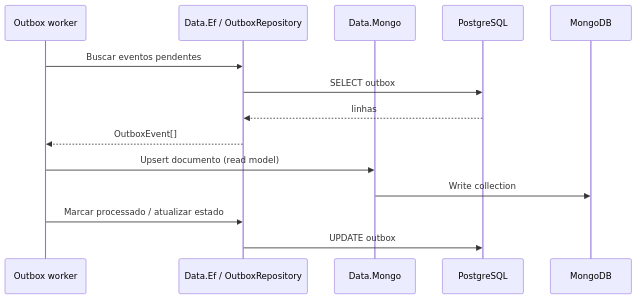
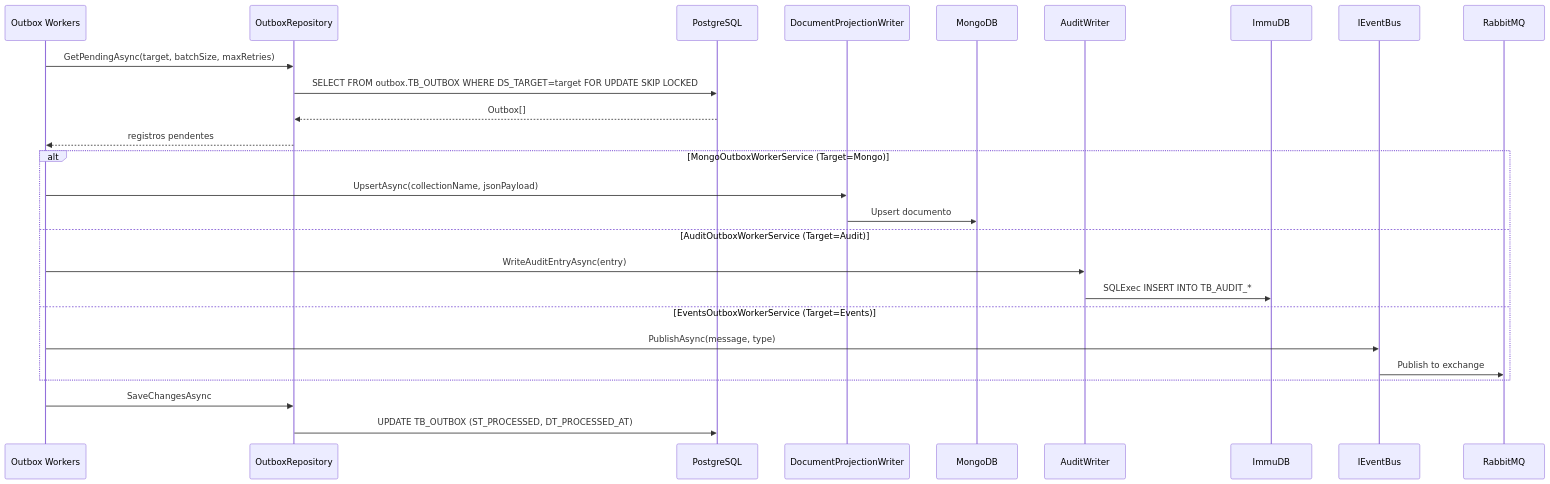
The second of 2 diagrams in docs/data/data-layer-split.md (filipececcon/arch-challenge), drawn with Mermaid before and after one commit. The commit also changed other lines of this file and 1 other file, not shown here.

First line of the commit message:
Refactor data layer split and outbox documentation

````diff
--- a/docs/data/data-layer-split.md
+++ b/docs/data/data-layer-split.md
@@ -67,17 +63,31 @@
 ```mermaid
 sequenceDiagram
-    participant W as Outbox worker
-    participant EF as Data.Ef / OutboxRepository
-    participant M as Data.Mongo
+    participant W as Outbox Workers
+    participant R as OutboxRepository
     participant PG as PostgreSQL
+    participant M as DocumentProjectionWriter
     participant MG as MongoDB
+    participant IW as AuditWriter
+    participant IM as ImmuDB
+    participant EB as IEventBus
+    participant RQ as RabbitMQ
 
-    W->>EF: Buscar eventos pendentes
-    EF->>PG: SELECT outbox
-    PG-->>EF: linhas
-    EF-->>W: OutboxEvent[]
-    W->>M: Upsert documento (read model)
-    M->>MG: Write collection
-    W->>EF: Marcar processado / atualizar estado
-    EF->>PG: UPDATE outbox
+    W->>R: GetPendingAsync(target, batchSize, maxRetries)
+    R->>PG: SELECT FROM outbox.TB_OUTBOX WHERE DS_TARGET=target FOR UPDATE SKIP LOCKED
+    PG-->>R: Outbox[]
+    R-->>W: registros pendentes
+
+    alt MongoOutboxWorkerService (Target=Mongo)
+        W->>M: UpsertAsync(collectionName, jsonPayload)
+        M->>MG: Upsert documento
+    else AuditOutboxWorkerService (Target=Audit)
+        W->>IW: WriteAuditEntryAsync(entry)
+        IW->>IM: SQLExec INSERT INTO TB_AUDIT_*
+    else EventsOutboxWorkerService (Target=Events)
+        W->>EB: PublishAsync(message, type)
+        EB->>RQ: Publish to exchange
+    end
+
+    W->>R: SaveChangesAsync
+    R->>PG: UPDATE TB_OUTBOX (ST_PROCESSED, DT_PROCESSED_AT)
 ```
````
